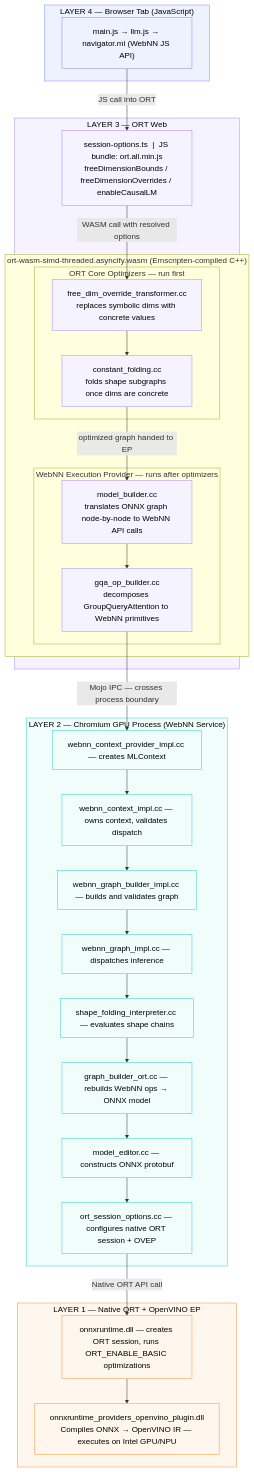
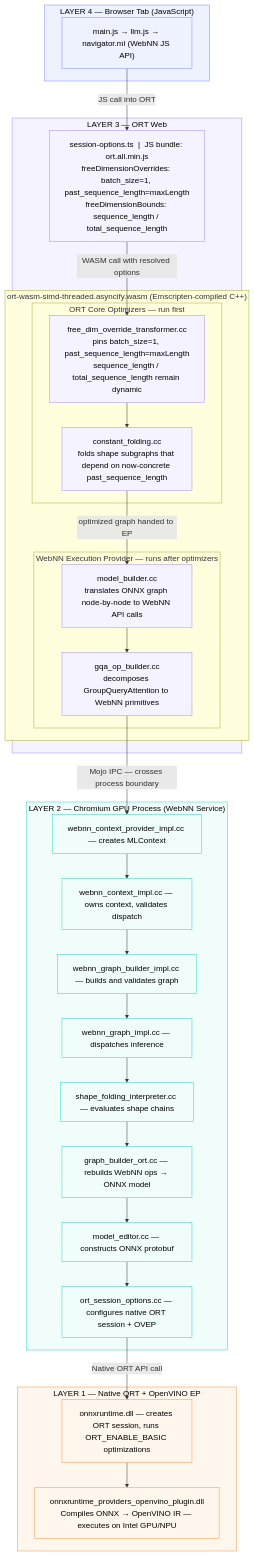
One commit to arisha07/webnn-developer-preview-genai changed the first of 2 diagrams in docs/webnn-text-generation-architecture.md. Above: the diagram before and after it, drawn with Mermaid.

Commit message:
updates to the doc

````diff
--- a/docs/webnn-text-generation-architecture.md
+++ b/docs/webnn-text-generation-architecture.md
@@ -14,57 +14,57 @@
 ```mermaid
 flowchart TB
     subgraph L4["LAYER 4 — Browser Tab (JavaScript)"]
         L4A["main.js → llm.js → navigator.ml (WebNN JS API)"]
     end
 
     subgraph L3["LAYER 3 — ORT Web"]
-        L3JS["session-options.ts  |  JS bundle: ort.all.min.js\nfreeDimensionBounds / freeDimensionOverrides / enableCausalLM"]
+        L3JS["session-options.ts  |  JS bundle: ort.all.min.js\nfreeDimensionOverrides: batch_size=1, past_sequence_length=maxLength\nfreeDimensionBounds: sequence_length / total_sequence_length"]
         subgraph L3WASM["ort-wasm-simd-threaded.asyncify.wasm  (Emscripten-compiled C++)"]
             subgraph L3ORT["ORT Core Optimizers — run first"]
-                L3B["free_dim_override_transformer.cc\nreplaces symbolic dims with concrete values"]
-                L3C["constant_folding.cc\nfolds shape subgraphs once dims are concrete"]
+                L3B["free_dim_override_transformer.cc\npins batch_size=1, past_sequence_length=maxLength\nsequence_length / total_sequence_length remain dynamic"]
+                L3C["constant_folding.cc\nfolds shape subgraphs that depend on now-concrete past_sequence_length"]
             end
             subgraph L3EP["WebNN Execution Provider — runs after optimizers"]
                 L3E["model_builder.cc\ntranslates ONNX graph node-by-node to WebNN API calls"]
                 L3F["gqa_op_builder.cc\ndecomposes GroupQueryAttention to WebNN primitives"]
             end
         end
     end
 
     subgraph L2["LAYER 2 — Chromium GPU Process (WebNN Service)"]
         L2A["webnn_context_provider_impl.cc — creates MLContext"]
         L2B["webnn_context_impl.cc — owns context, validates dispatch"]
         L2C["webnn_graph_builder_impl.cc — builds and validates graph"]
         L2D["webnn_graph_impl.cc — dispatches inference"]
         L2E["shape_folding_interpreter.cc — evaluates shape chains"]
         L2F["graph_builder_ort.cc — rebuilds WebNN ops → ONNX model"]
         L2G["model_editor.cc — constructs ONNX protobuf"]
         L2H["ort_session_options.cc — configures native ORT session + OVEP"]
     end
 
     subgraph L1["LAYER 1 — Native ORT + OpenVINO EP"]
         L1A["onnxruntime.dll — creates ORT session, runs ORT_ENABLE_BASIC optimizations"]
         L1B["onnxruntime_providers_openvino_plugin.dll\nCompiles ONNX → OpenVINO IR — executes on Intel GPU/NPU"]
     end
 
     L4A  -->|"JS call into ORT"| L3JS
     L3JS -->|"WASM call with resolved options"| L3B
     L3B  --> L3C
     L3C  -->|"optimized graph handed to EP"| L3E
     L3E  --> L3F
     L3F  -->|"Mojo IPC — crosses process boundary"| L2A
     L2A  --> L2B --> L2C --> L2D --> L2E
     L2E  --> L2F --> L2G --> L2H
     L2H  -->|"Native ORT API call"| L1A
     L1A  --> L1B
 
     classDef layer4 stroke:#818cf8,fill:#eef2ff,color:#000
     classDef layer3 stroke:#a78bfa,fill:#f5f3ff,color:#000
     classDef layer2 stroke:#2dd4bf,fill:#f0fdfa,color:#000
     classDef layer1 stroke:#fb923c,fill:#fff7ed,color:#000
 
     class L4,L4A layer4
     class L3,L3JS,L3B,L3C,L3E,L3F layer3
     class L2,L2A,L2B,L2C,L2D,L2E,L2F,L2G,L2H layer2
     class L1,L1A,L1B layer1
 ```
````
